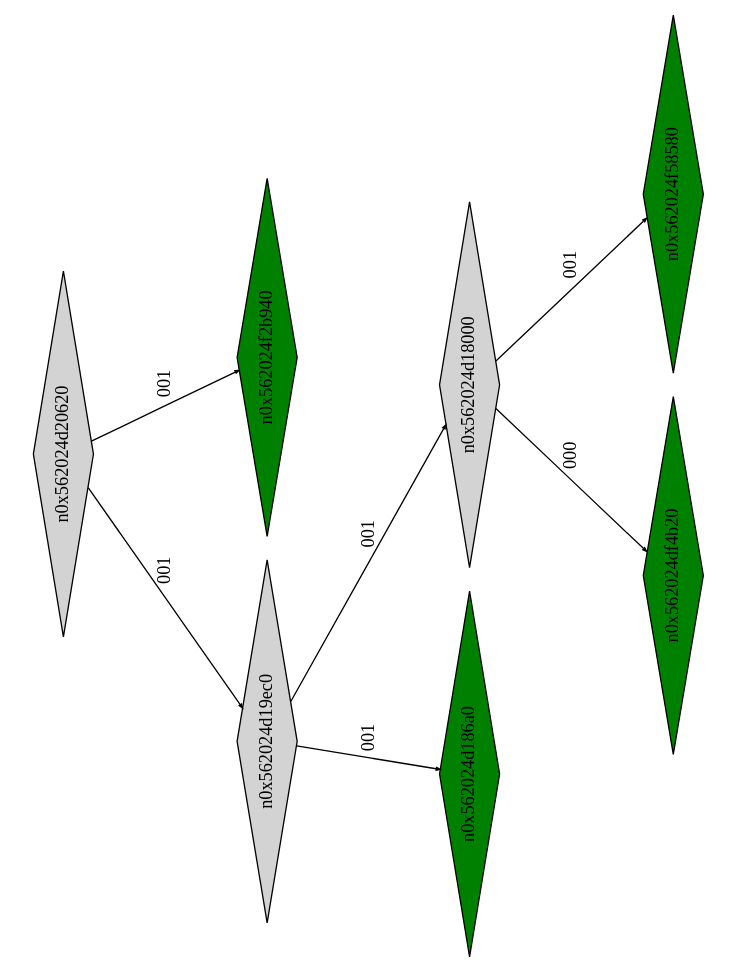
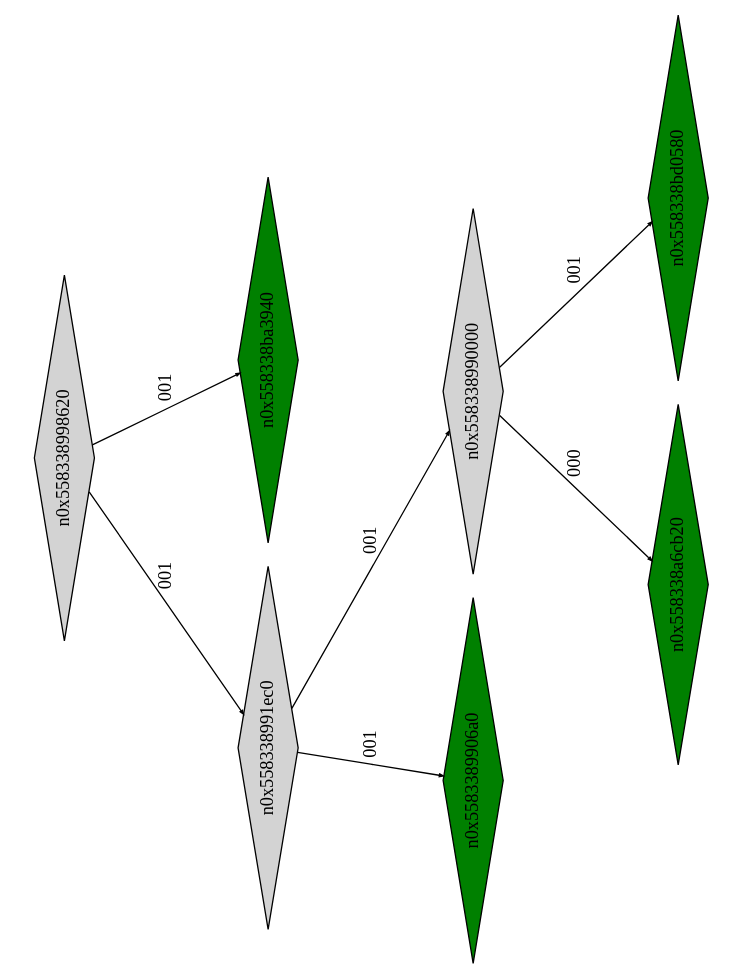
Before and after one commit to Research-Tools-PAVT/PSE-Program-Examples: the diagram in example1_klee_out/ptree_00000320.dot, drawn with Graphviz. The commit also changed 36 other files, not shown here.

```diff
--- a/example1_klee_out/ptree_00000320.dot
+++ b/example1_klee_out/ptree_00000320.dot
@@ -1,21 +1,21 @@
 digraph G {
 	size="10,7.5";
 	ratio=fill;
 	rotate=90;
 	center = "true";
 	node [style="filled",width=.1,height=.1,fontname="Terminus"]
 	edge [arrowsize=.3]
-	n0x562024d20620 [shape=diamond];
-	n0x562024d20620 -> n0x562024d19ec0 [label=001];
-	n0x562024d20620 -> n0x562024f2b940 [label=001];
-	n0x562024f2b940 [shape=diamond,fillcolor=green];
-	n0x562024d19ec0 [shape=diamond];
-	n0x562024d19ec0 -> n0x562024d186a0 [label=001];
-	n0x562024d19ec0 -> n0x562024d18000 [label=001];
-	n0x562024d18000 [shape=diamond];
-	n0x562024d18000 -> n0x562024df4b20 [label=000];
-	n0x562024d18000 -> n0x562024f58580 [label=001];
-	n0x562024f58580 [shape=diamond,fillcolor=green];
-	n0x562024df4b20 [shape=diamond,fillcolor=green];
-	n0x562024d186a0 [shape=diamond,fillcolor=green];
+	n0x558338998620 [shape=diamond];
+	n0x558338998620 -> n0x558338991ec0 [label=001];
+	n0x558338998620 -> n0x558338ba3940 [label=001];
+	n0x558338ba3940 [shape=diamond,fillcolor=green];
+	n0x558338991ec0 [shape=diamond];
+	n0x558338991ec0 -> n0x5583389906a0 [label=001];
+	n0x558338991ec0 -> n0x558338990000 [label=001];
+	n0x558338990000 [shape=diamond];
+	n0x558338990000 -> n0x558338a6cb20 [label=000];
+	n0x558338990000 -> n0x558338bd0580 [label=001];
+	n0x558338bd0580 [shape=diamond,fillcolor=green];
+	n0x558338a6cb20 [shape=diamond,fillcolor=green];
+	n0x5583389906a0 [shape=diamond,fillcolor=green];
 }
```
